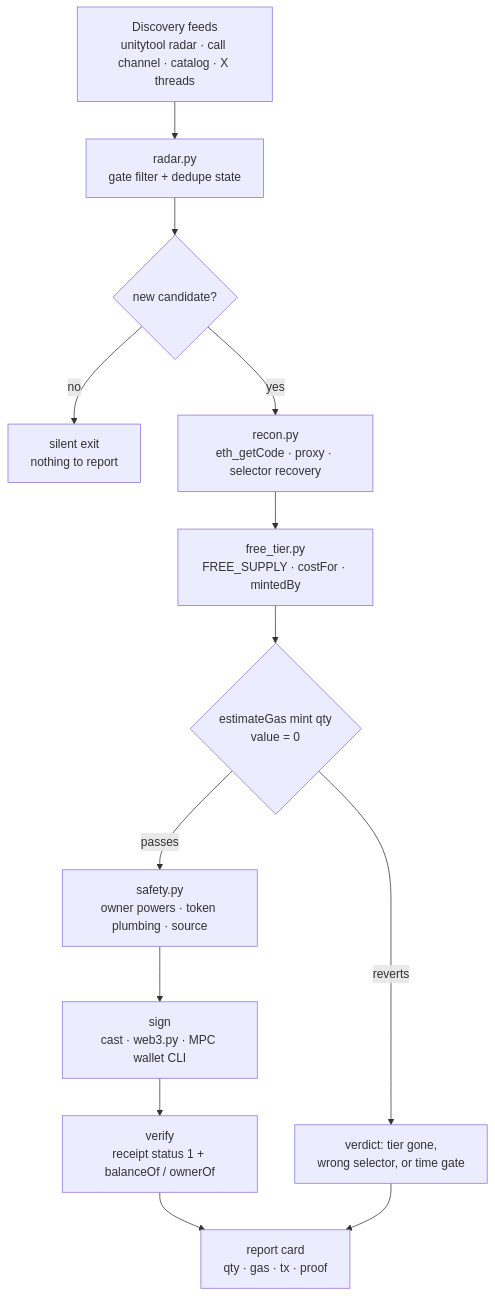
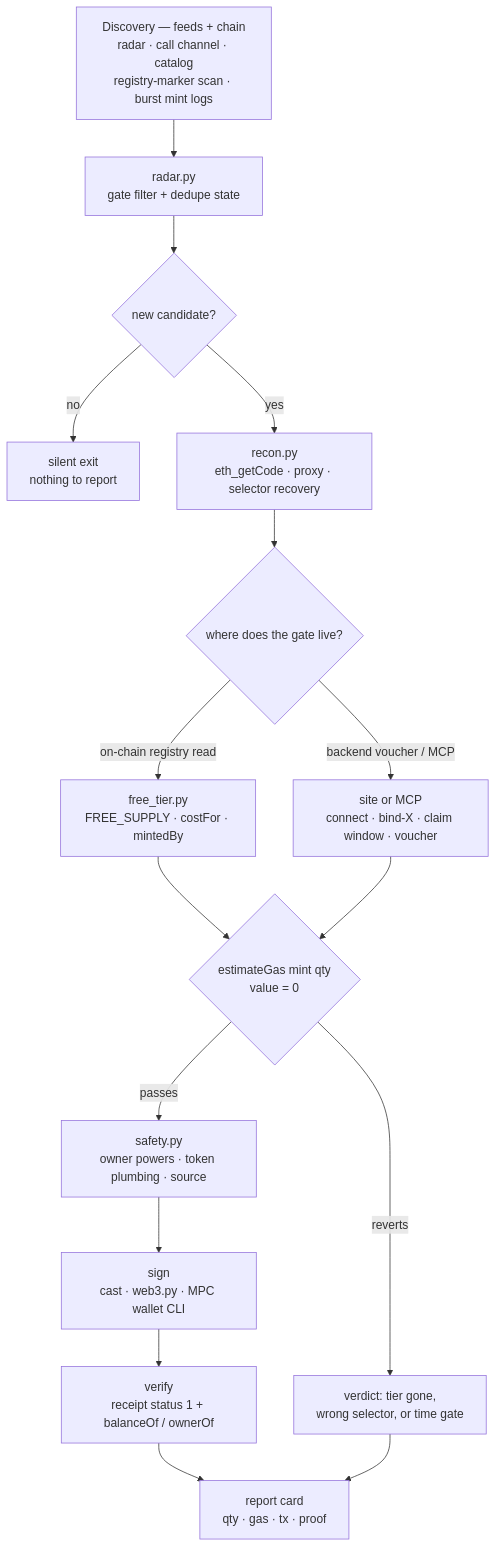
Before and after one commit to urelkdubdqwr/agentid-gate-screening: the diagram in assets/diagram.mmd, drawn with Mermaid. The commit also changed 10 other files, not shown here.

Commit message:
docs: complete the recipe set (MCP, whitelist API, ABI recovery, chain-first scan, deposit farms, FCFS, smart-wallet follow, merkle claims)

```diff
--- a/assets/diagram.mmd
+++ b/assets/diagram.mmd
@@ -1,13 +1,16 @@
 flowchart TD
-  A["Discovery feeds<br/>unitytool radar · call channel · catalog · X threads"] --> B["radar.py<br/>gate filter + dedupe state"]
+  A["Discovery — feeds + chain<br/>radar · call channel · catalog<br/>registry-marker scan · burst mint logs"] --> B["radar.py<br/>gate filter + dedupe state"]
   B --> C{"new candidate?"}
   C -->|no| Z["silent exit<br/>nothing to report"]
   C -->|yes| D["recon.py<br/>eth_getCode · proxy · selector recovery"]
-  D --> E["free_tier.py<br/>FREE_SUPPLY · costFor · mintedBy"]
-  E --> F{"estimateGas mint qty<br/>value = 0"}
-  F -->|reverts| G["verdict: tier gone,<br/>wrong selector, or time gate"]
-  F -->|passes| H["safety.py<br/>owner powers · token plumbing · source"]
-  H --> I["sign<br/>cast · web3.py · MPC wallet CLI"]
-  I --> J["verify<br/>receipt status 1 + balanceOf / ownerOf"]
-  J --> K["report card<br/>qty · gas · tx · proof"]
-  G --> K
+  D --> E{"where does the gate live?"}
+  E -->|on-chain registry read| F["free_tier.py<br/>FREE_SUPPLY · costFor · mintedBy"]
+  E -->|backend voucher / MCP| G["site or MCP<br/>connect · bind-X · claim window · voucher"]
+  F --> H{"estimateGas mint qty<br/>value = 0"}
+  G --> H
+  H -->|reverts| I["verdict: tier gone,<br/>wrong selector, or time gate"]
+  H -->|passes| J["safety.py<br/>owner powers · token plumbing · source"]
+  J --> K["sign<br/>cast · web3.py · MPC wallet CLI"]
+  K --> L["verify<br/>receipt status 1 + balanceOf / ownerOf"]
+  L --> M["report card<br/>qty · gas · tx · proof"]
+  I --> M
```
